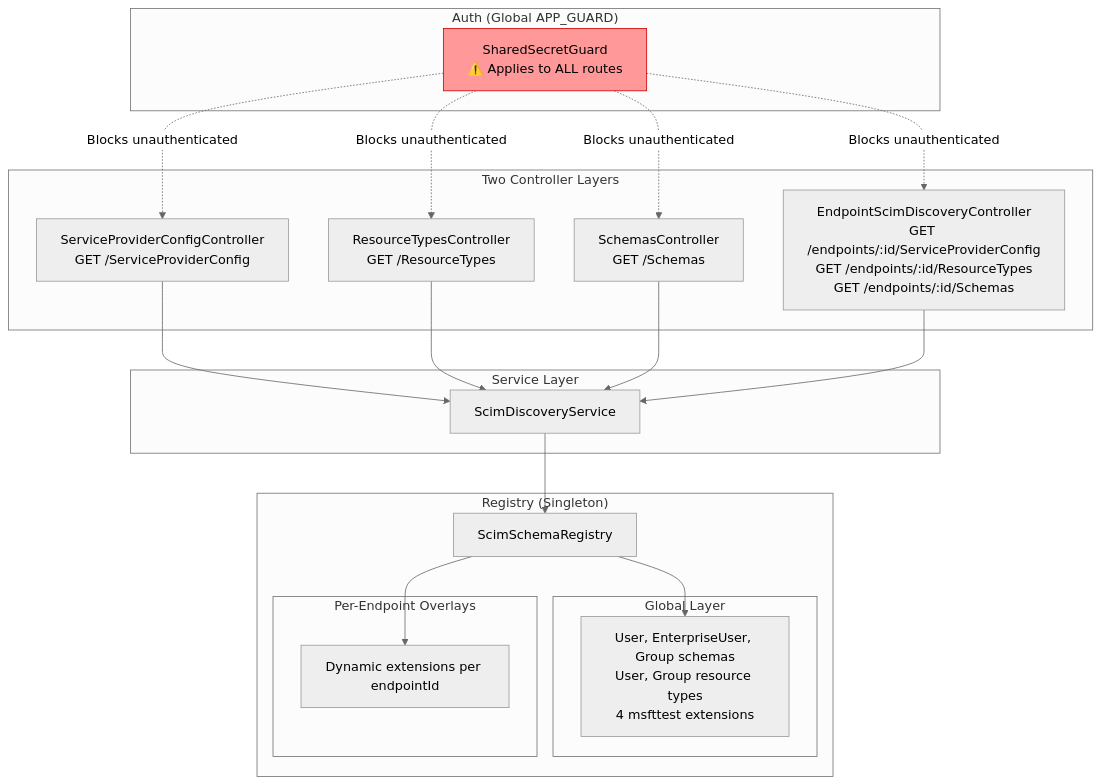
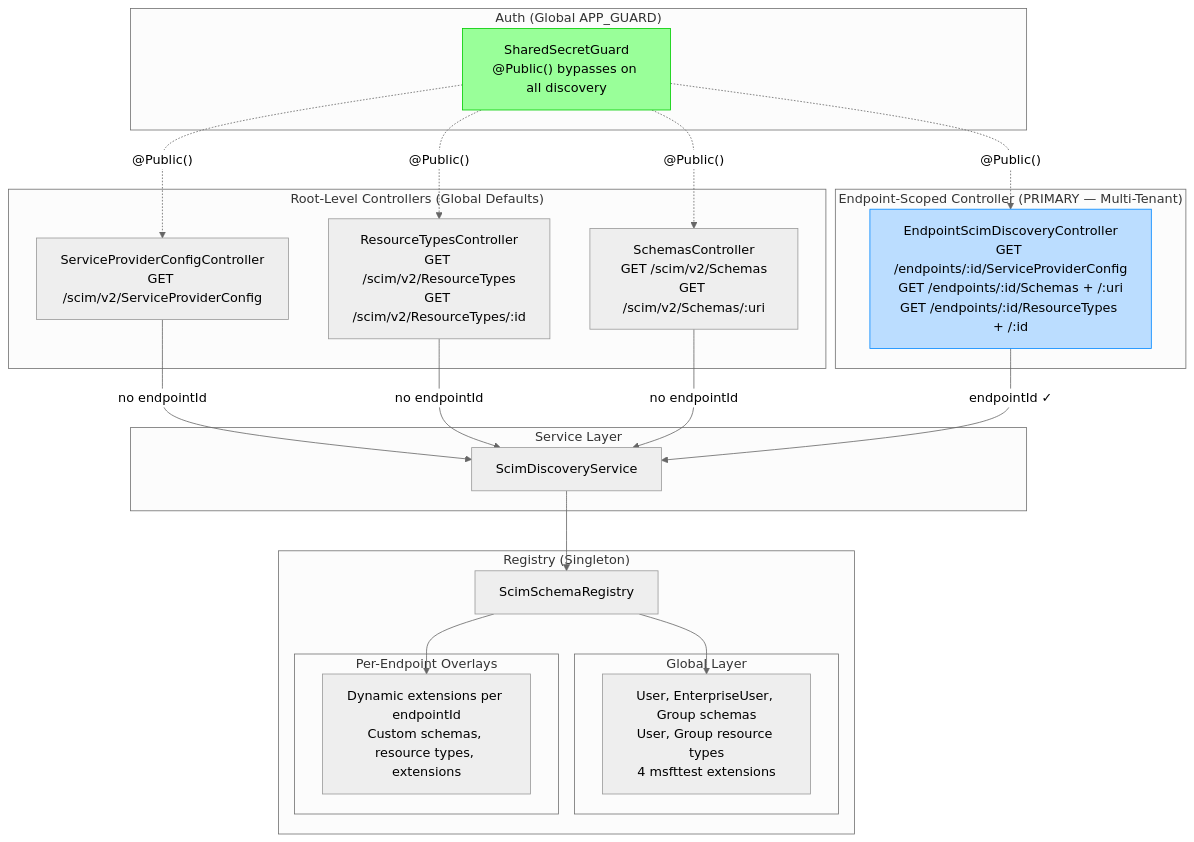
The first of 4 diagrams in docs/DISCOVERY_ENDPOINTS_RFC_AUDIT.md (pranems/SCIMServer), drawn with Mermaid (neutral theme) before and after one commit. The commit also changed other lines of this file and 55 other files, not shown here.

````diff
--- a/docs/DISCOVERY_ENDPOINTS_RFC_AUDIT.md
+++ b/docs/DISCOVERY_ENDPOINTS_RFC_AUDIT.md
@@ -145,42 +147,46 @@
 ```mermaid
 graph TB
-    subgraph "Two Controller Layers"
-        ROOT_SPC["ServiceProviderConfigController<br/>GET /ServiceProviderConfig"]
-        ROOT_RT["ResourceTypesController<br/>GET /ResourceTypes"]
-        ROOT_SCH["SchemasController<br/>GET /Schemas"]
-        EP_DISC["EndpointScimDiscoveryController<br/>GET /endpoints/:id/ServiceProviderConfig<br/>GET /endpoints/:id/ResourceTypes<br/>GET /endpoints/:id/Schemas"]
+    subgraph "Root-Level Controllers (Global Defaults)"
+        ROOT_SPC["ServiceProviderConfigController<br/>GET /scim/v2/ServiceProviderConfig"]
+        ROOT_RT["ResourceTypesController<br/>GET /scim/v2/ResourceTypes<br/>GET /scim/v2/ResourceTypes/:id"]
+        ROOT_SCH["SchemasController<br/>GET /scim/v2/Schemas<br/>GET /scim/v2/Schemas/:uri"]
+    end
+
+    subgraph "Endpoint-Scoped Controller (PRIMARY — Multi-Tenant)"
+        EP_DISC["EndpointScimDiscoveryController<br/>GET /endpoints/:id/ServiceProviderConfig<br/>GET /endpoints/:id/Schemas + /:uri<br/>GET /endpoints/:id/ResourceTypes + /:id"]
     end
 
     subgraph "Service Layer"
         SDS["ScimDiscoveryService"]
     end
 
     subgraph "Registry (Singleton)"
         REG["ScimSchemaRegistry"]
         subgraph "Global Layer"
             GL["User, EnterpriseUser, Group schemas<br/>User, Group resource types<br/>4 msfttest extensions"]
         end
         subgraph "Per-Endpoint Overlays"
-            EP["Dynamic extensions per endpointId"]
+            EPO["Dynamic extensions per endpointId<br/>Custom schemas, resource types, extensions"]
         end
     end
 
     subgraph "Auth (Global APP_GUARD)"
-        GUARD["SharedSecretGuard<br/>⚠️ Applies to ALL routes"]
+        GUARD["SharedSecretGuard<br/>@Public() bypasses on all discovery"]
     end
 
-    ROOT_SPC --> SDS
-    ROOT_RT --> SDS
-    ROOT_SCH --> SDS
-    EP_DISC --> SDS
+    ROOT_SPC -->|"no endpointId"| SDS
+    ROOT_RT -->|"no endpointId"| SDS
+    ROOT_SCH -->|"no endpointId"| SDS
+    EP_DISC -->|"endpointId ✓"| SDS
     SDS --> REG
     REG --> GL
-    REG --> EP
+    REG --> EPO
 
-    GUARD -.->|"Blocks unauthenticated"| ROOT_SPC
-    GUARD -.->|"Blocks unauthenticated"| ROOT_RT
-    GUARD -.->|"Blocks unauthenticated"| ROOT_SCH
-    GUARD -.->|"Blocks unauthenticated"| EP_DISC
+    GUARD -.->|"@Public()"| ROOT_SPC
+    GUARD -.->|"@Public()"| ROOT_RT
+    GUARD -.->|"@Public()"| ROOT_SCH
+    GUARD -.->|"@Public()"| EP_DISC
 
-    style GUARD fill:#f99,stroke:#c00,color:#000
+    style EP_DISC fill:#bdf,stroke:#08f,color:#000
+    style GUARD fill:#9f9,stroke:#0c0,color:#000
 ```
````
